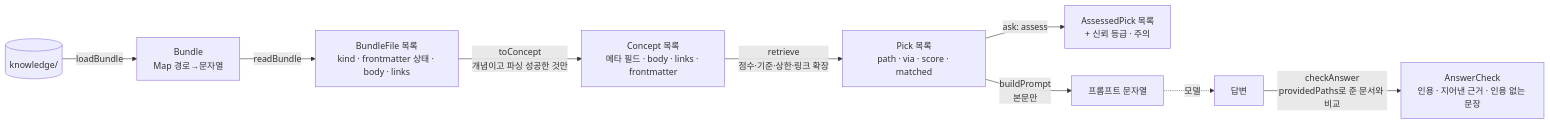
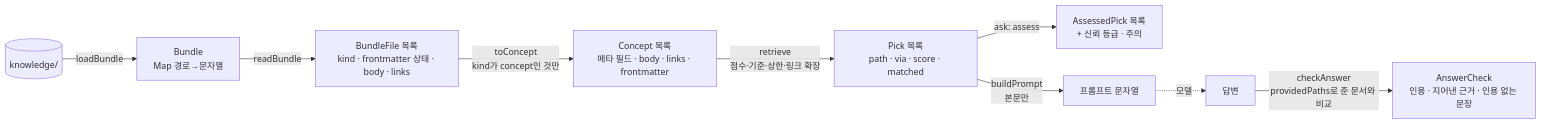
Before and after one commit to Junyong34/okf-playbook: the second of 8 diagrams in docs/okf-modules.md, drawn with Mermaid. The commit also changed other lines of this file and 23 other files, not shown here.

````diff
--- a/docs/okf-modules.md
+++ b/docs/okf-modules.md
@@ -77,11 +77,11 @@
 ```mermaid
 flowchart LR
   dir[(knowledge/)] -->|loadBundle| B[Bundle<br/>Map 경로→문자열]
   B -->|readBundle| F[BundleFile 목록<br/>kind · frontmatter 상태 · body · links]
-  F -->|toConcept<br/>개념이고 파싱 성공한 것만| C[Concept 목록<br/>메타 필드 · body · links · frontmatter]
+  F -->|toConcept<br/>kind가 concept인 것만| C[Concept 목록<br/>메타 필드 · body · links · frontmatter]
   C -->|retrieve<br/>점수·기준·상한·링크 확장| P[Pick 목록<br/>path · via · score · matched]
   P -->|ask: assess| A[AssessedPick 목록<br/>+ 신뢰 등급 · 주의]
   P -->|buildPrompt<br/>본문만| Q[프롬프트 문자열]
   Q -.모델.-> R[답변]
   R -->|checkAnswer<br/>providedPaths로 준 문서와 비교| K[AnswerCheck<br/>인용 · 지어낸 근거 · 인용 없는 문장]
 ```
````
